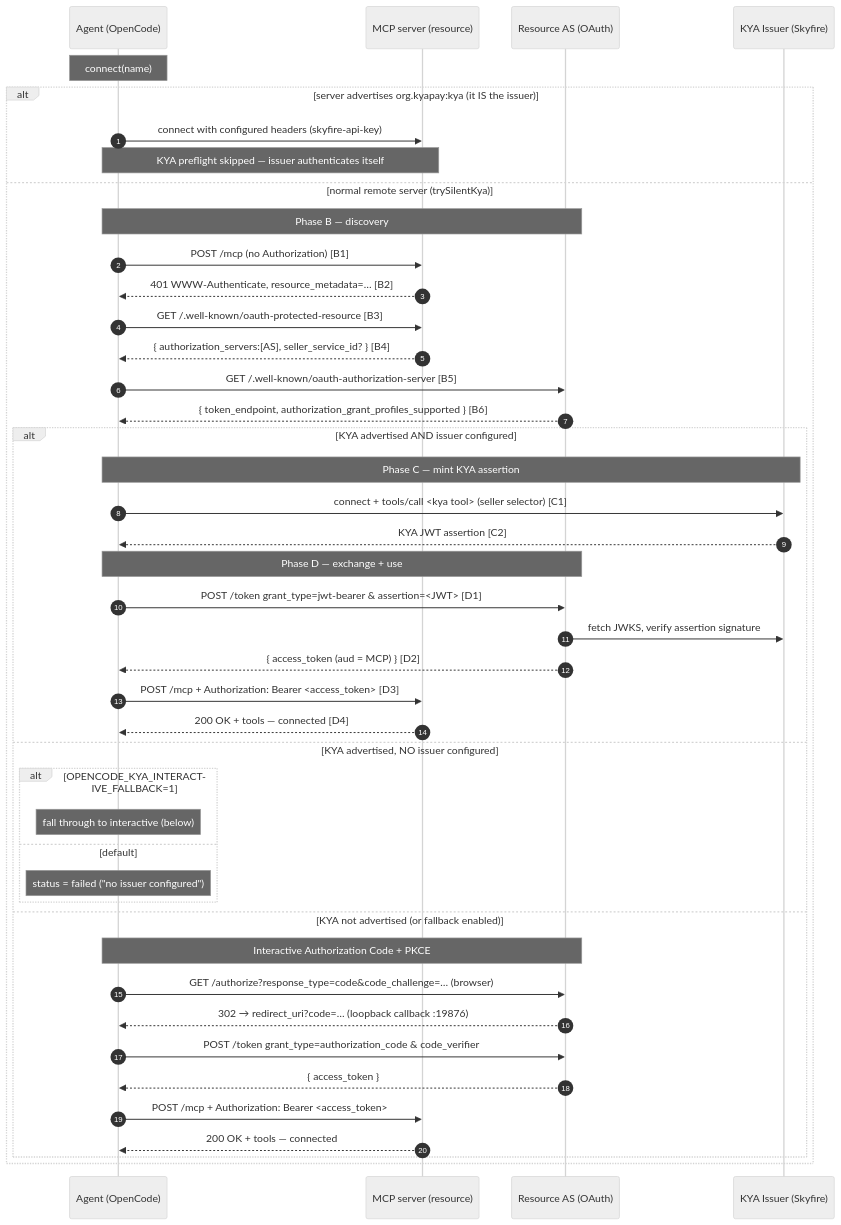
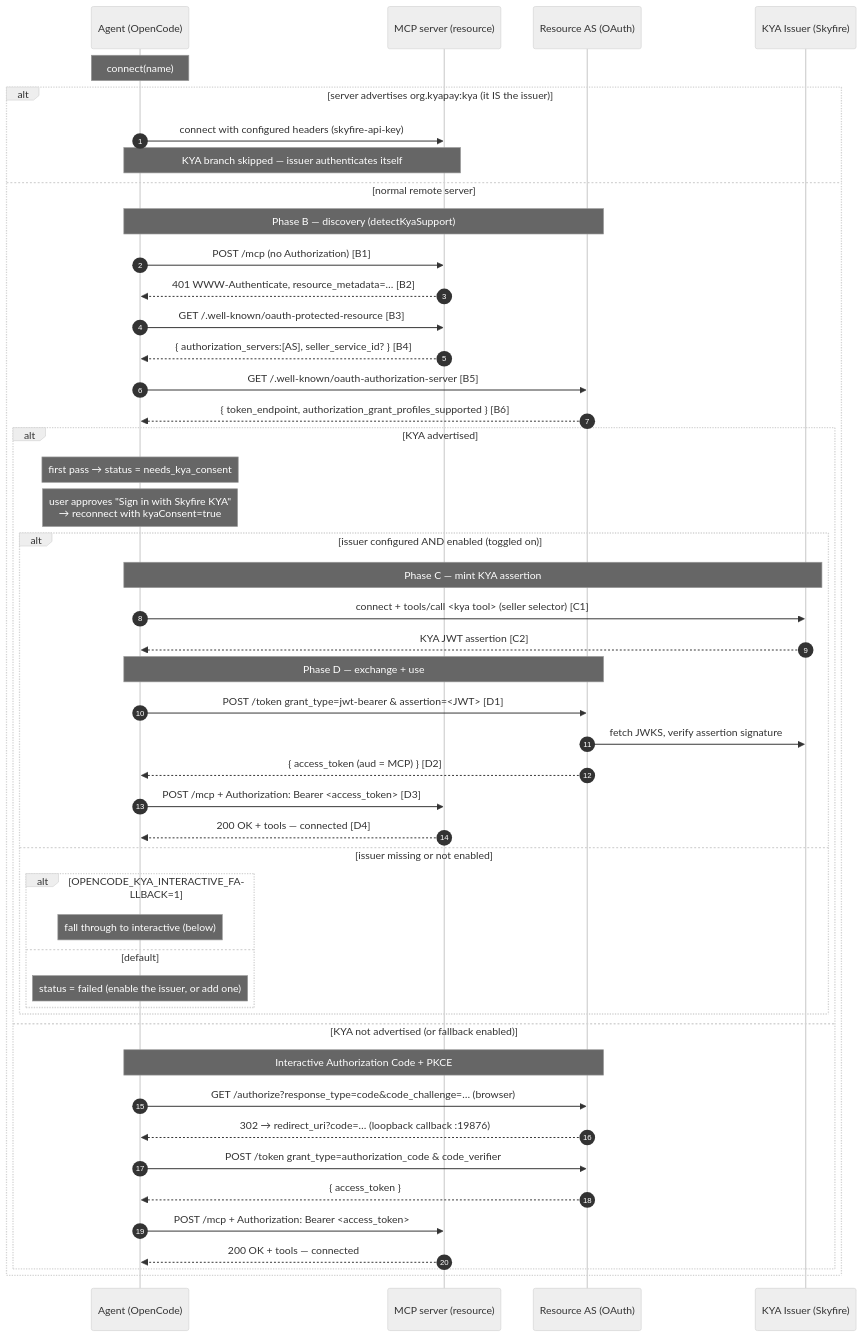
Before and after one commit to skyfire-xyz/opencode: the diagram in docs/KYA-TECH-SPEC.md, drawn with Mermaid (neutral theme). The commit also changed other lines of this file and 3 other files, not shown here.

Commit message:
SKYK-1884: Updated connection flow to ensure mcp server is connected; updated docs

````diff
--- a/docs/KYA-TECH-SPEC.md
+++ b/docs/KYA-TECH-SPEC.md
@@ -808,49 +835,53 @@
 ```mermaid
 sequenceDiagram
     autonumber
     participant A as Agent (OpenCode)
     participant M as MCP server (resource)
     participant AS as Resource AS (OAuth)
     participant I as KYA Issuer (Skyfire)
 
     Note over A: connect(name)
 
     alt server advertises org.kyapay:kya (it IS the issuer)
         A->>M: connect with configured headers (skyfire-api-key)
-        Note over A,M: KYA preflight skipped — issuer authenticates itself
-    else normal remote server (trySilentKya)
-        Note over A,AS: Phase B — discovery
+        Note over A,M: KYA branch skipped — issuer authenticates itself
+    else normal remote server
+        Note over A,AS: Phase B — discovery (detectKyaSupport)
         A->>M: POST /mcp (no Authorization) [B1]
         M-->>A: 401 WWW-Authenticate, resource_metadata=… [B2]
         A->>M: GET /.well-known/oauth-protected-resource [B3]
         M-->>A: { authorization_servers:[AS], seller_service_id? } [B4]
         A->>AS: GET /.well-known/oauth-authorization-server [B5]
         AS-->>A: { token_endpoint, authorization_grant_profiles_supported } [B6]
 
-        alt KYA advertised AND issuer configured
-            Note over A,I: Phase C — mint KYA assertion
-            A->>I: connect + tools/call <kya tool> (seller selector) [C1]
-            I-->>A: KYA JWT assertion [C2]
-            Note over A,AS: Phase D — exchange + use
-            A->>AS: POST /token grant_type=jwt-bearer & assertion=<JWT> [D1]
-            AS->>I: fetch JWKS, verify assertion signature
-            AS-->>A: { access_token (aud = MCP) } [D2]
-            A->>M: POST /mcp + Authorization: Bearer <access_token> [D3]
-            M-->>A: 200 OK + tools — connected [D4]
-        else KYA advertised, NO issuer configured
-            alt OPENCODE_KYA_INTERACTIVE_FALLBACK=1
-                Note over A: fall through to interactive (below)
-            else default
-                Note over A: status = failed ("no issuer configured")
+        alt KYA advertised
+            Note over A: first pass → status = needs_kya_consent
+            Note over A: user approves "Sign in with Skyfire KYA"<br/>→ reconnect with kyaConsent=true
+            alt issuer configured AND enabled (toggled on)
+                Note over A,I: Phase C — mint KYA assertion
+                A->>I: connect + tools/call <kya tool> (seller selector) [C1]
+                I-->>A: KYA JWT assertion [C2]
+                Note over A,AS: Phase D — exchange + use
+                A->>AS: POST /token grant_type=jwt-bearer & assertion=<JWT> [D1]
+                AS->>I: fetch JWKS, verify assertion signature
+                AS-->>A: { access_token (aud = MCP) } [D2]
+                A->>M: POST /mcp + Authorization: Bearer <access_token> [D3]
+                M-->>A: 200 OK + tools — connected [D4]
+            else issuer missing or not enabled
+                alt OPENCODE_KYA_INTERACTIVE_FALLBACK=1
+                    Note over A: fall through to interactive (below)
+                else default
+                    Note over A: status = failed (enable the issuer, or add one)
+                end
             end
         else KYA not advertised (or fallback enabled)
             Note over A,AS: Interactive Authorization Code + PKCE
             A->>AS: GET /authorize?response_type=code&code_challenge=… (browser)
             AS-->>A: 302 → redirect_uri?code=… (loopback callback :19876)
             A->>AS: POST /token grant_type=authorization_code & code_verifier
             AS-->>A: { access_token }
             A->>M: POST /mcp + Authorization: Bearer <access_token>
             M-->>A: 200 OK + tools — connected
         end
     end
 ```
````
